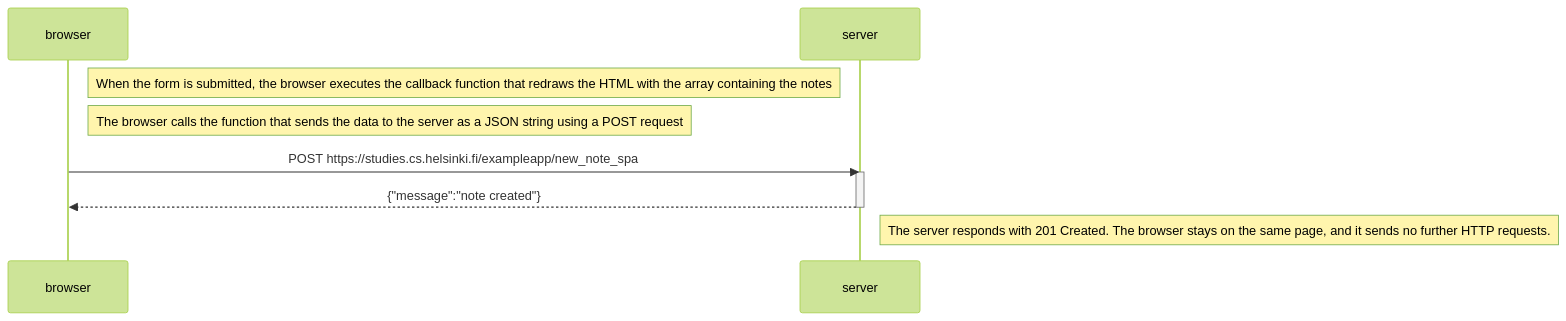
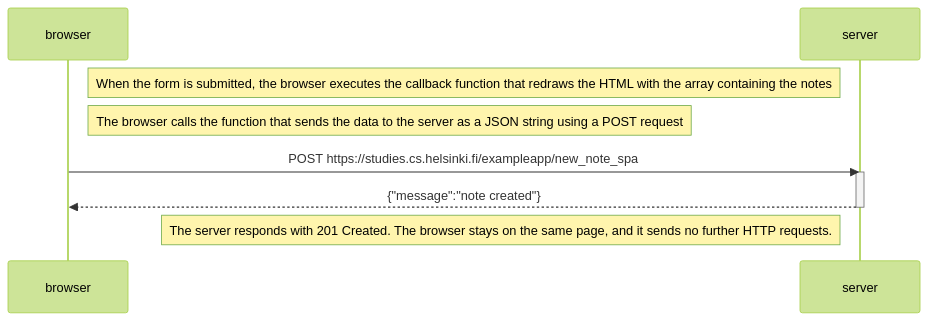
One commit to gabrielpanaitescu/Fullstackopen-part0 changed the diagram in 0.6_newNoteSPAdiagram/0.6_diagram.md. Above: the diagram before and after it, drawn with Mermaid (forest theme).

Commit message:
Finished 0.6 v2

````diff
--- a/0.6_newNoteSPAdiagram/0.6_diagram.md
+++ b/0.6_newNoteSPAdiagram/0.6_diagram.md
@@ -3,15 +3,15 @@
 ```mermaid
 sequenceDiagram
 participant browser
 participant server
 
     Note right of browser: When the form is submitted, the browser executes the callback function that redraws the HTML with the array containing the notes
     Note right of browser: The browser calls the function that sends the data to the server as a JSON string using a POST request
 
     browser->>server: POST https://studies.cs.helsinki.fi/exampleapp/new_note_spa
     activate server
     server-->>browser: {"message":"note created"}
     deactivate server
 
-    Note right of server: The server responds with 201 Created. The browser stays on the same page, and it sends no further HTTP requests.
+    Note left of server: The server responds with 201 Created. The browser stays on the same page, and it sends no further HTTP requests.
 ```
````
